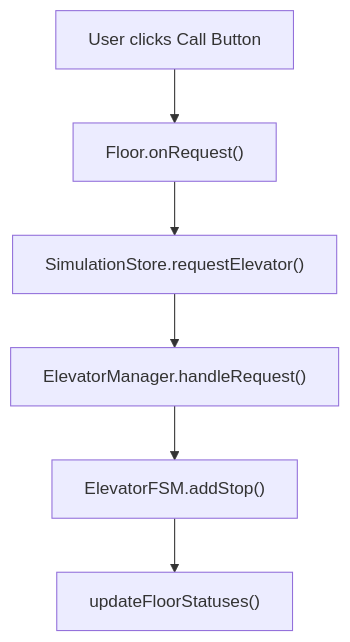
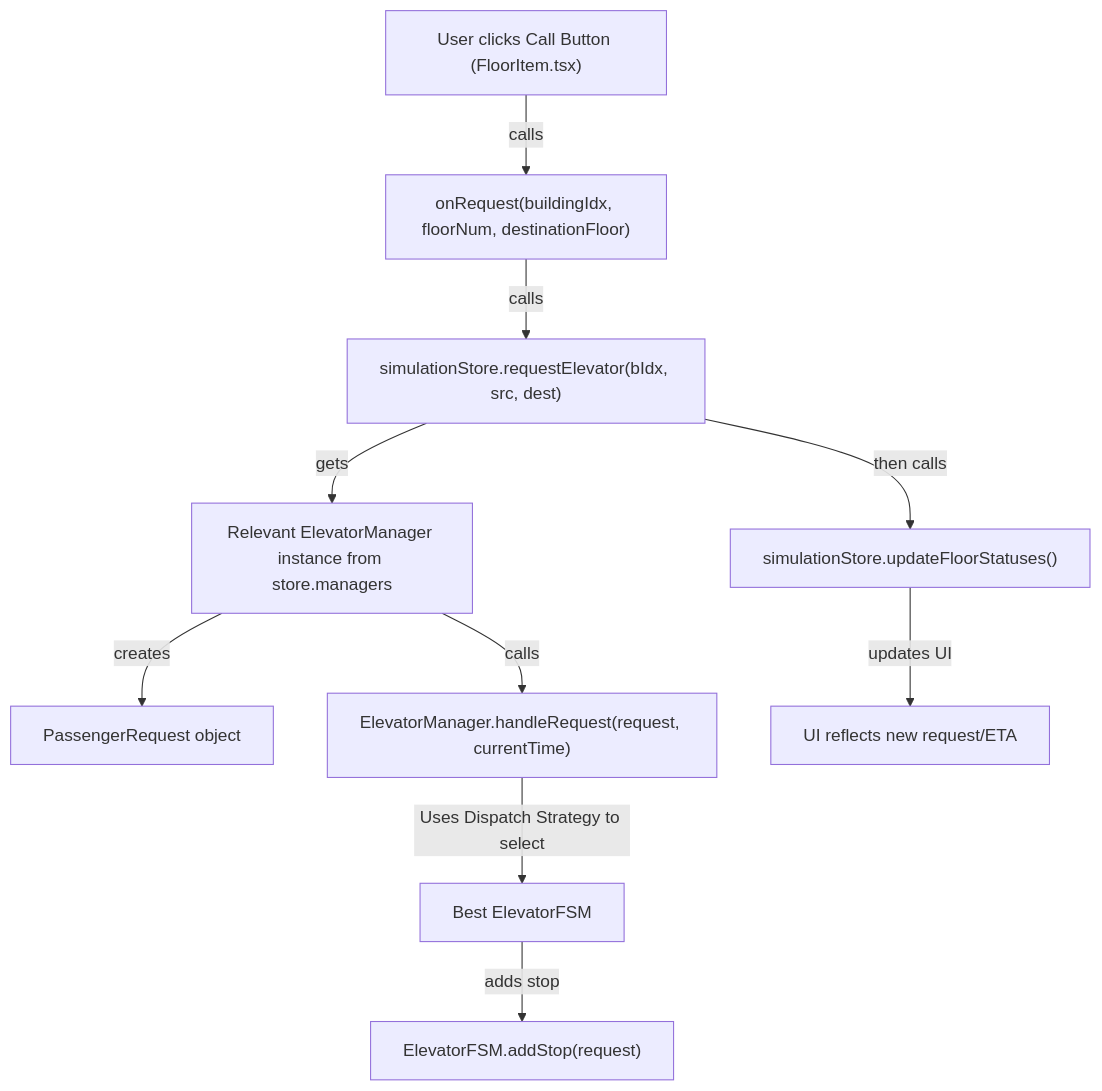
The sixth of 6 diagrams in README.md (shammaihamilton/elevator-simulator), drawn with Mermaid before and after one commit. The commit also changed other lines of this file, not shown here.

````diff
--- a/README.md
+++ b/README.md
@@ -92,8 +175,12 @@
 ```mermaid
 graph TD
-  UserClick["User clicks Call Button"] --> CallFunc["Floor.onRequest()"]
-  CallFunc --> StoreFunc["SimulationStore.requestElevator()"]
-  StoreFunc --> ManagerDispatch["ElevatorManager.handleRequest()"]
-  ManagerDispatch --> AssignFSM["ElevatorFSM.addStop()"]
-  AssignFSM --> UpdateFloorStatus["updateFloorStatuses()"]
+    UserClick["User clicks Call Button (FloorItem.tsx)"] --calls--> onRequestCallback["onRequest(buildingIdx, floorNum, destinationFloor)"]
+    onRequestCallback --calls--> StoreRequest["simulationStore.requestElevator(bIdx, src, dest)"]
+    StoreRequest --gets--> ManagerInstance["Relevant ElevatorManager instance from store.managers"]
+    ManagerInstance --creates--> PassengerRequestObject["PassengerRequest object"]
+    ManagerInstance --calls--> ManagerHandleReq["ElevatorManager.handleRequest(request, currentTime)"]
+    ManagerHandleReq --Uses Dispatch Strategy to select--> BestElevator["Best ElevatorFSM"]
+    BestElevator --adds stop--> FSMAddStop["ElevatorFSM.addStop(request)"]
+    StoreRequest --then calls--> UpdateFloorStatus["simulationStore.updateFloorStatuses()"]
+    UpdateFloorStatus --updates UI--> UI["UI reflects new request/ETA"]
 ```
````
